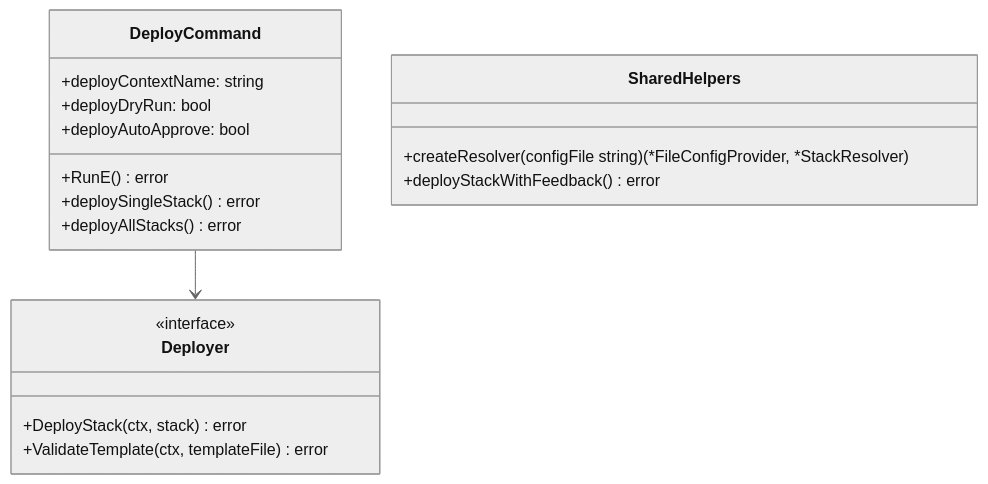
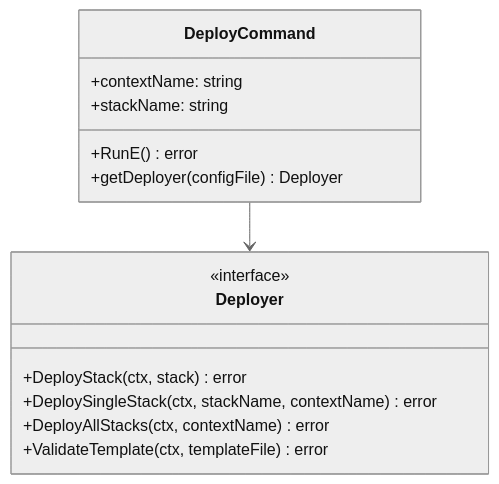
Before and after one commit to orien/stackaroo: the second of 7 diagrams in docs/architecture/deploy.md, drawn with Mermaid (neutral theme). The commit also changed other lines of this file and 15 other files, not shown here.

````diff
--- a/docs/architecture/deploy.md
+++ b/docs/architecture/deploy.md
@@ -58,24 +64,19 @@
 ```mermaid
 classDiagram
     class DeployCommand {
-        +deployContextName: string
-        +deployDryRun: bool
-        +deployAutoApprove: bool
+        +contextName: string
+        +stackName: string
         +RunE() error
-        +deploySingleStack() error
-        +deployAllStacks() error
-    }
-
-    class SharedHelpers {
-        +createResolver(configFile string) (*FileConfigProvider, *StackResolver)
-        +deployStackWithFeedback() error
+        +getDeployer(configFile) Deployer
     }
 
     class Deployer {
         <<interface>>
         +DeployStack(ctx, stack) error
+        +DeploySingleStack(ctx, stackName, contextName) error
+        +DeployAllStacks(ctx, contextName) error
         +ValidateTemplate(ctx, templateFile) error
     }
 
     DeployCommand --> Deployer
 ```
````
